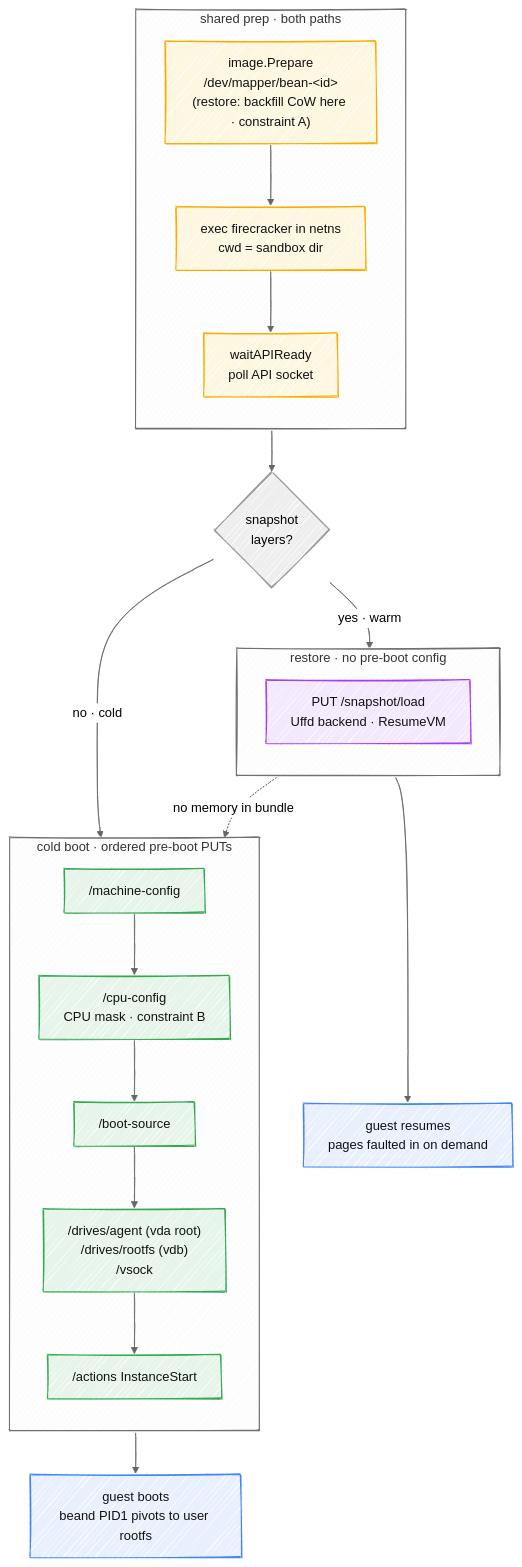
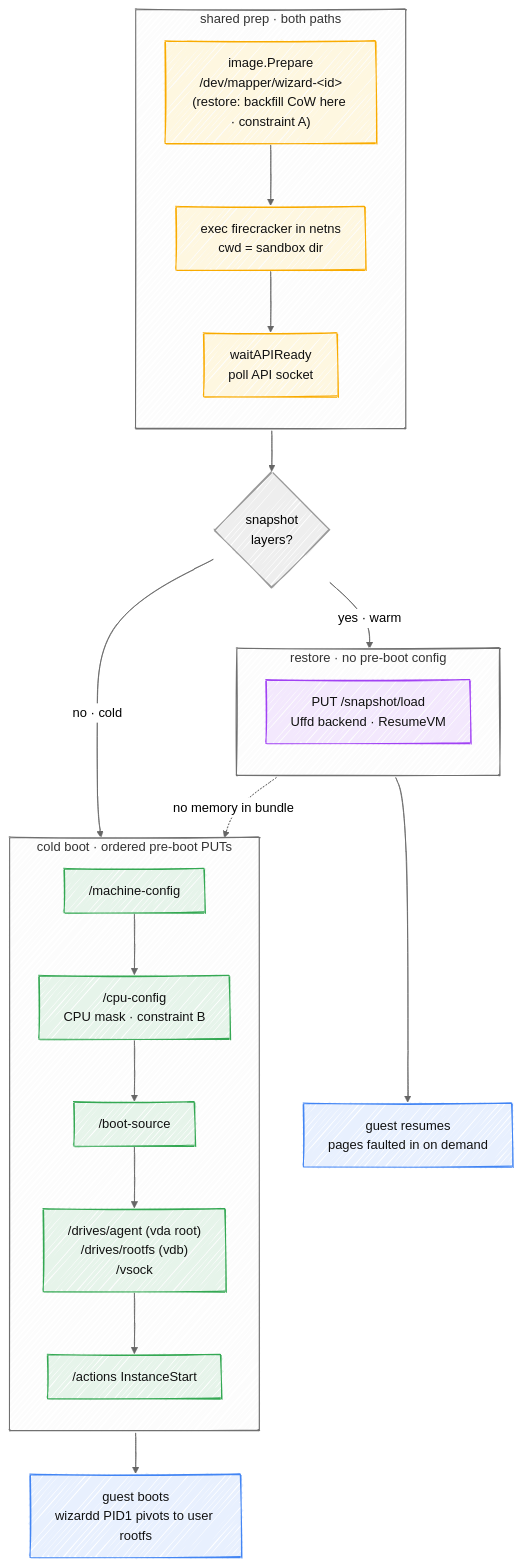
Before and after one commit to garysng/bean: the diagram in docs/vm-assembly.md, drawn with Mermaid. The commit also changed other lines of this file and 326 other files, not shown here.

First line of the commit message:
rename project bean -> wizard

````diff
--- a/docs/vm-assembly.md
+++ b/docs/vm-assembly.md
@@ -17,53 +17,53 @@
 ```mermaid
 ---
 config:
   look: handDrawn
   theme: neutral
   flowchart:
     curve: basis
 ---
 flowchart TB
   subgraph SHARED["shared prep &middot; both paths"]
     direction TB
-    PREP["image.Prepare<br>/dev/mapper/bean-&lt;id&gt;<br>(restore: backfill CoW here &middot; constraint A)"]
+    PREP["image.Prepare<br>/dev/mapper/wizard-&lt;id&gt;<br>(restore: backfill CoW here &middot; constraint A)"]
     EXEC["exec firecracker in netns<br>cwd = sandbox dir"]
     WAIT["waitAPIReady<br>poll API socket"]
     PREP --> EXEC --> WAIT
   end
 
   BRANCH{"snapshot<br>layers?"}
 
   subgraph COLD["cold boot &middot; ordered pre-boot PUTs"]
     direction TB
     MC["/machine-config"]
     CPU["/cpu-config<br>CPU mask &middot; constraint B"]
     BOOT["/boot-source"]
     DRV["/drives/agent (vda root)<br>/drives/rootfs (vdb)<br>/vsock"]
     START["/actions InstanceStart"]
     MC --> CPU --> BOOT --> DRV --> START
   end
 
   subgraph WARM["restore &middot; no pre-boot config"]
     direction TB
     LOAD["PUT /snapshot/load<br>Uffd backend &middot; ResumeVM"]
   end
 
-  GB["guest boots<br>beand PID1 pivots to user rootfs"]
+  GB["guest boots<br>wizardd PID1 pivots to user rootfs"]
   GR["guest resumes<br>pages faulted in on demand"]
 
   WAIT --> BRANCH
   BRANCH -- "no &middot; cold" --> MC
   BRANCH -- "yes &middot; warm" --> LOAD
   LOAD -. "no memory in bundle" .-> MC
   START --> GB
   LOAD --> GR
 
   classDef prep fill:#FEF7E0,stroke:#F9AB00,color:#111;
   classDef cold fill:#E6F4EA,stroke:#34A853,color:#111;
   classDef warm fill:#F3E8FD,stroke:#A142F4,color:#111;
   classDef out fill:#E8F0FE,stroke:#4285F4,color:#111;
   class PREP,EXEC,WAIT prep;
   class MC,CPU,BOOT,DRV,START cold;
   class LOAD warm;
   class GB,GR out;
 ```
````
